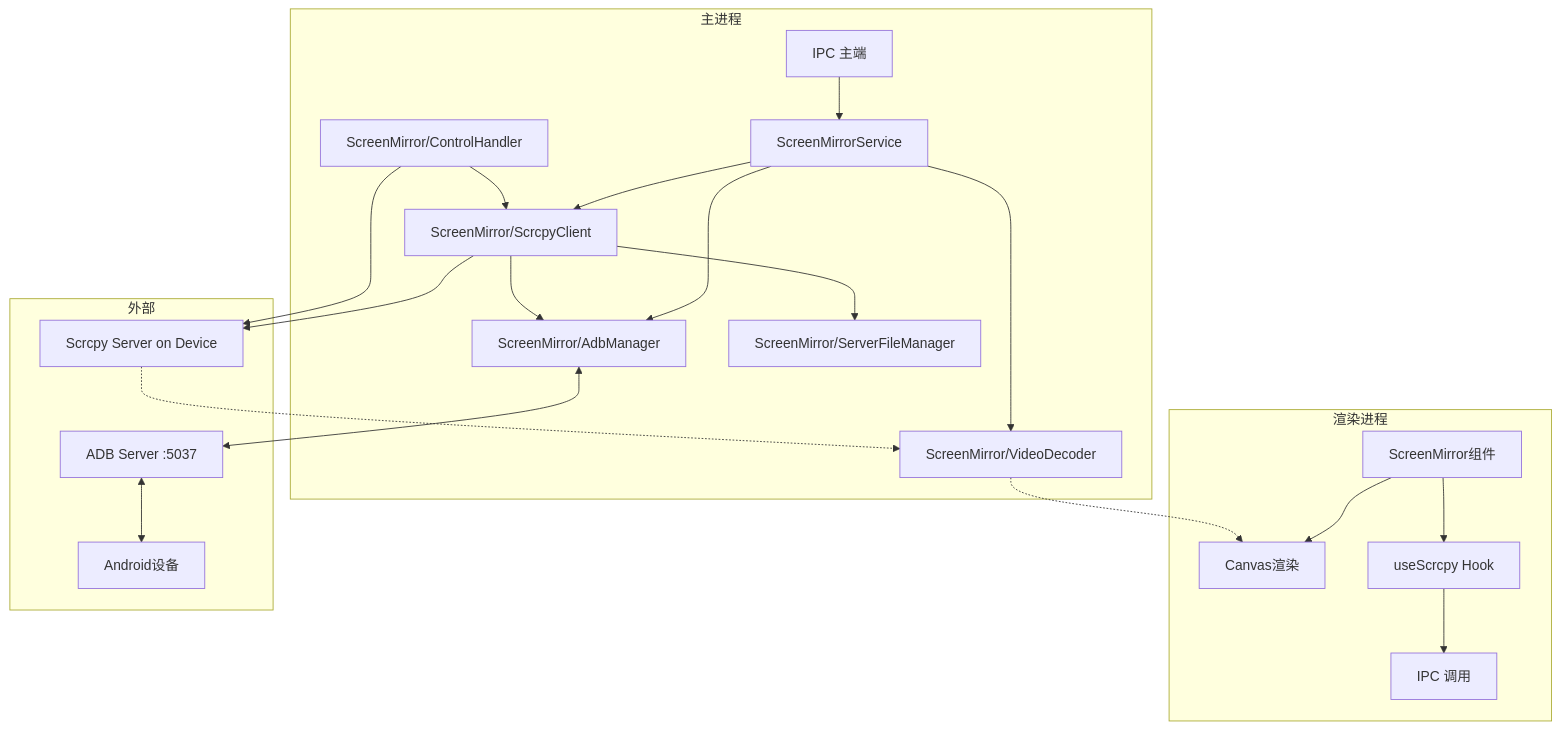
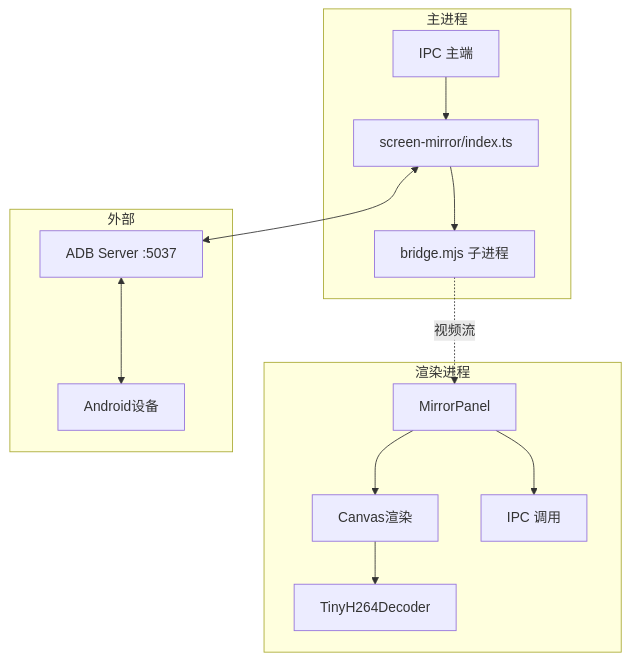
Before and after one commit to sunkj/auto-click: the diagram in docs/详细设计/投屏管理详细设计.md, drawn with Mermaid. The commit also changed other lines of this file and 14 other files, not shown here.

````diff
--- a/docs/详细设计/投屏管理详细设计.md
+++ b/docs/详细设计/投屏管理详细设计.md
@@ -101,33 +92,23 @@
 ```mermaid
 graph TB
     subgraph 渲染进程
-        A[ScreenMirror组件] --> B[Canvas渲染]
-        A --> C[useScrcpy Hook]
-        C --> D[IPC 调用]
+        A[MirrorPanel] --> B[Canvas渲染]
+        A --> C[IPC 调用]
+        B --> D[TinyH264Decoder]
     end
 
     subgraph 主进程
-        E[IPC 主端] --> F[ScreenMirrorService]
-        F --> G[ScreenMirror/AdbManager]
-        F --> H[ScreenMirror/ScrcpyClient]
-        F --> I[ScreenMirror/VideoDecoder]
-        H --> G
-        H --> J[ScreenMirror/ServerFileManager]
-        
-        K[ScreenMirror/ControlHandler] --> H
+        E[IPC 主端] --> F[screen-mirror/index.ts]
+        F --> G[bridge.mjs 子进程]
     end
 
     subgraph 外部
         L[ADB Server :5037]
         M[Android设备]
-        N[Scrcpy Server on Device]
     end
 
-    G <--> L
+    F <--> L
     L <--> M
-    H --> N
-    N -.-> I
-    I -.-> B
-    K --> N
+    G -. 视频流 .-> A
 
 ```
````
